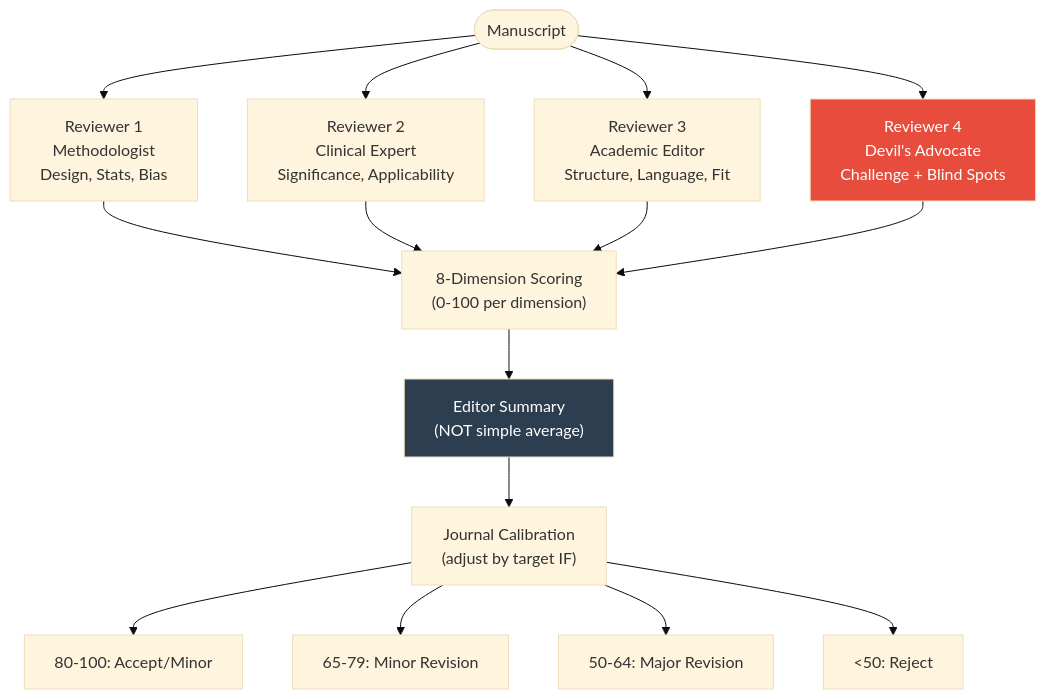
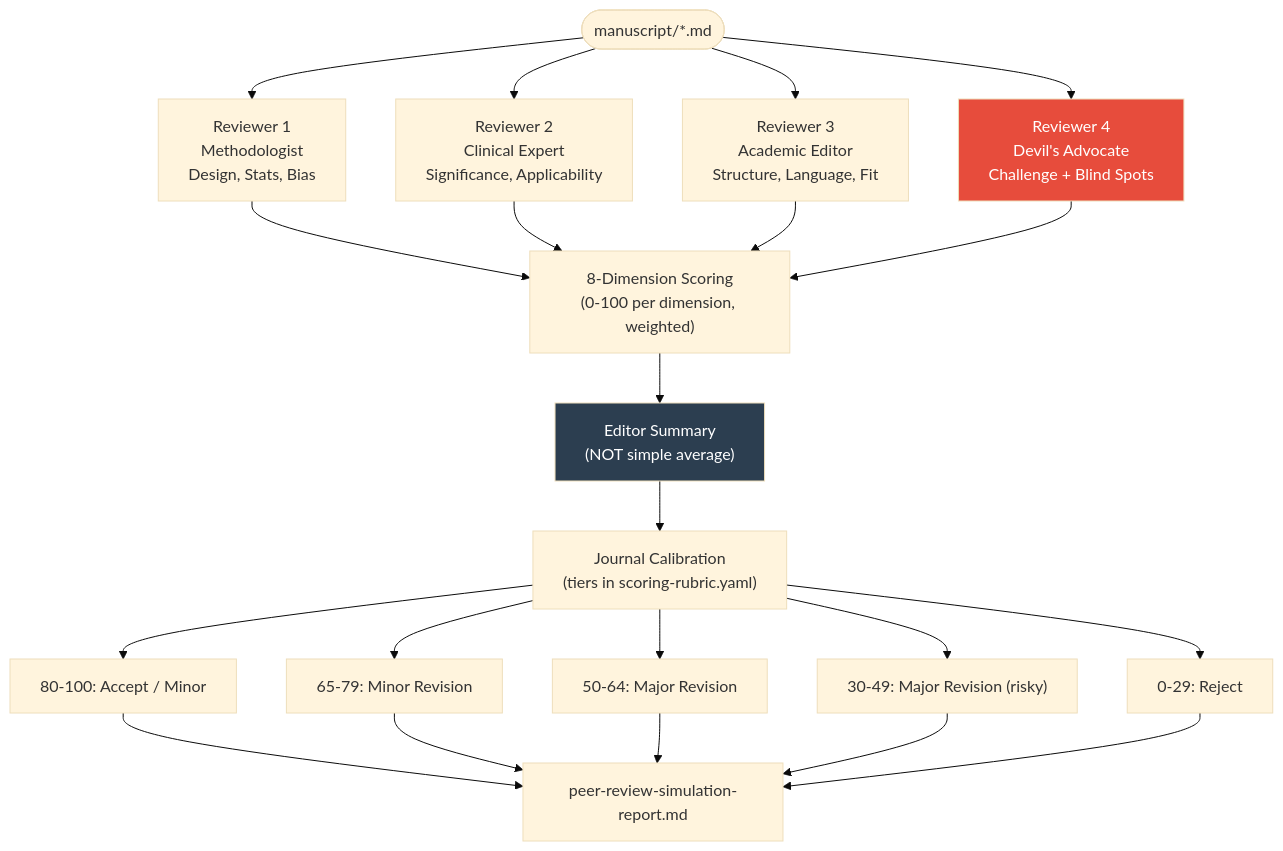
The third of 8 diagrams in docs/architecture.md (Stefansong/med-research-powers), drawn with Mermaid (base theme) before and after one commit. The commit also changed other lines of this file and 119 other files, not shown here.

````diff
--- a/docs/architecture.md
+++ b/docs/architecture.md
@@ -116,21 +125,24 @@
 ```mermaid
 flowchart TD
-    MS([Manuscript]) --> R1 & R2 & R3 & R4
+    MS([manuscript/*.md]) --> R1 & R2 & R3 & R4
 
     R1["Reviewer 1<br/>Methodologist<br/>Design, Stats, Bias"]
     R2["Reviewer 2<br/>Clinical Expert<br/>Significance, Applicability"]
     R3["Reviewer 3<br/>Academic Editor<br/>Structure, Language, Fit"]
     R4["Reviewer 4<br/>Devil's Advocate<br/>Challenge + Blind Spots"]
 
-    R1 & R2 & R3 & R4 --> SCORE["8-Dimension Scoring<br/>(0-100 per dimension)"]
+    R1 & R2 & R3 & R4 --> SCORE["8-Dimension Scoring<br/>(0-100 per dimension, weighted)"]
     SCORE --> ES["Editor Summary<br/>(NOT simple average)"]
-    ES --> CAL["Journal Calibration<br/>(adjust by target IF)"]
+    ES --> CAL["Journal Calibration<br/>(tiers in scoring-rubric.yaml)"]
 
-    CAL --> D1["80-100: Accept/Minor"]
+    CAL --> D1["80-100: Accept / Minor"]
     CAL --> D2["65-79: Minor Revision"]
     CAL --> D3["50-64: Major Revision"]
-    CAL --> D4["<50: Reject"]
+    CAL --> D4["30-49: Major Revision (risky)"]
+    CAL --> D5["0-29: Reject"]
+
+    D1 & D2 & D3 & D4 & D5 --> OUT[peer-review-simulation-report.md]
 
     style R4 fill:#e74c3c,color:#fff
     style ES fill:#2c3e50,color:#fff
 ```
````
